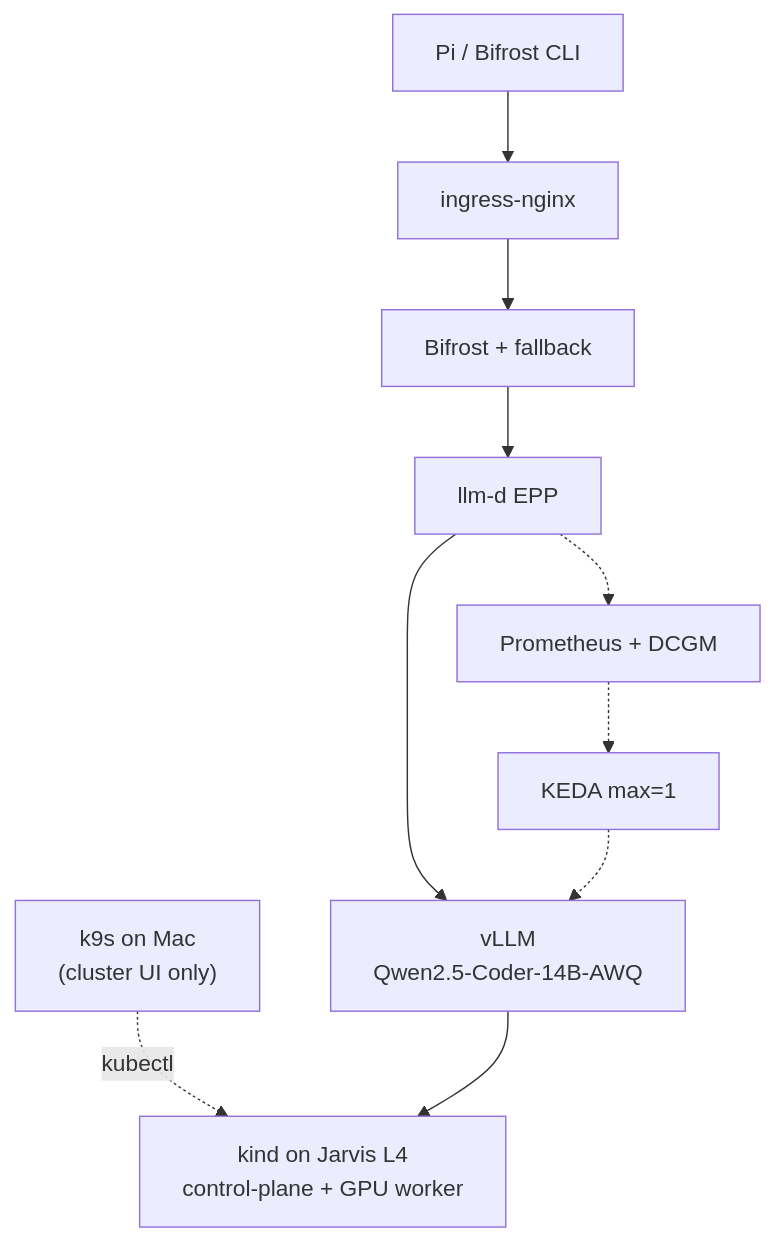
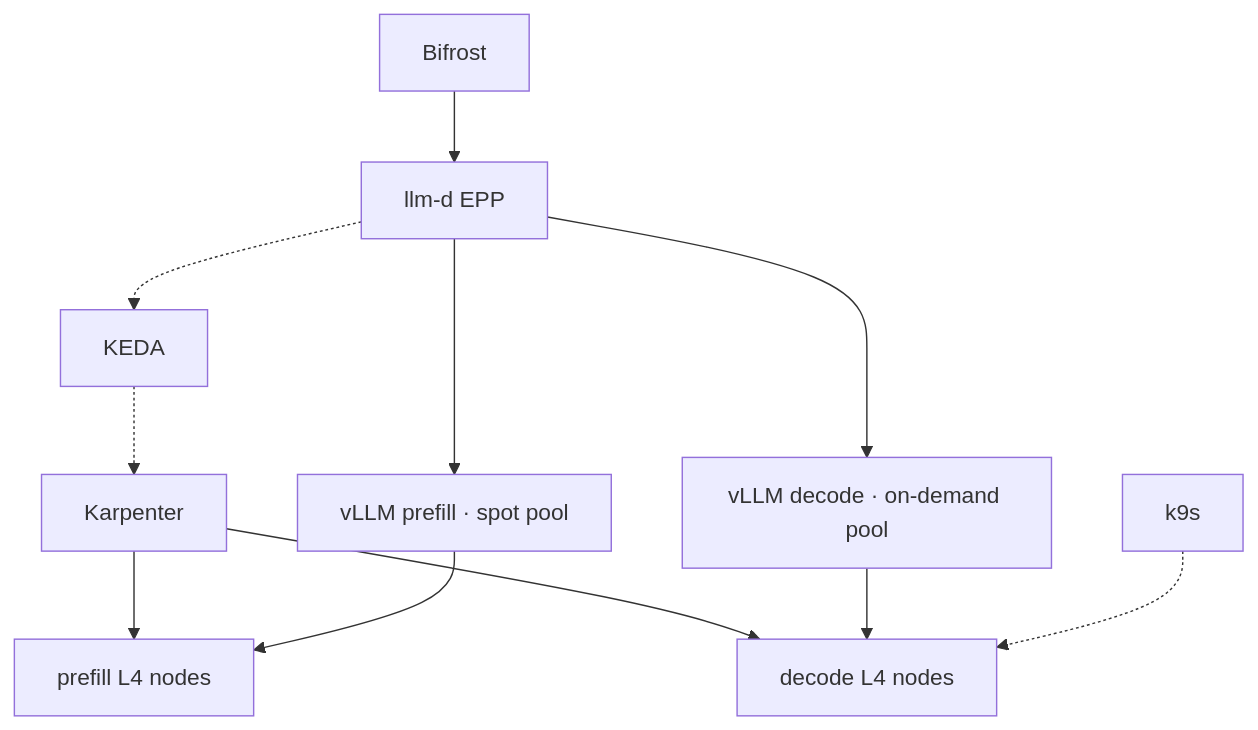
The second of 7 diagrams in docs/architecture.md (atharvamhaske/llm-ineference), drawn with Mermaid before and after one commit. The commit also changed other lines of this file and 5 other files, not shown here.

First line of the commit message:
Add multi-GPU Karpenter stack with prefill and decode NodePools.

````diff
--- a/docs/architecture.md
+++ b/docs/architecture.md
@@ -74,16 +74,20 @@
 ```mermaid
 flowchart TB
-    k9s["k9s on Mac<br/>(cluster UI only)"]
-    pi["Pi / Bifrost CLI"]
-    ing["ingress-nginx"]
-    bifrost["Bifrost + fallback"]
+    k9s["k9s"]
+    bifrost["Bifrost"]
     epp["llm-d EPP"]
-    vllm["vLLM<br/>Qwen2.5-Coder-14B-AWQ"]
-    keda["KEDA max=1"]
-    prom["Prometheus + DCGM"]
-    kind["kind on Jarvis L4<br/>control-plane + GPU worker"]
+    prefill["vLLM prefill · spot pool"]
+    decode["vLLM decode · on-demand pool"]
+    keda["KEDA"]
+    karp["Karpenter"]
+    prefill_nodes["prefill L4 nodes"]
+    decode_nodes["decode L4 nodes"]
 
-    k9s -.->|kubectl| kind
-    pi --> ing --> bifrost --> epp --> vllm --> kind
-    epp -.-> prom -.-> keda -.-> vllm
+    k9s -.-> decode_nodes
+    bifrost --> epp
+    epp --> prefill --> prefill_nodes
+    epp --> decode --> decode_nodes
+    epp -.-> keda -.-> karp
+    karp --> prefill_nodes
+    karp --> decode_nodes
 ```
````
